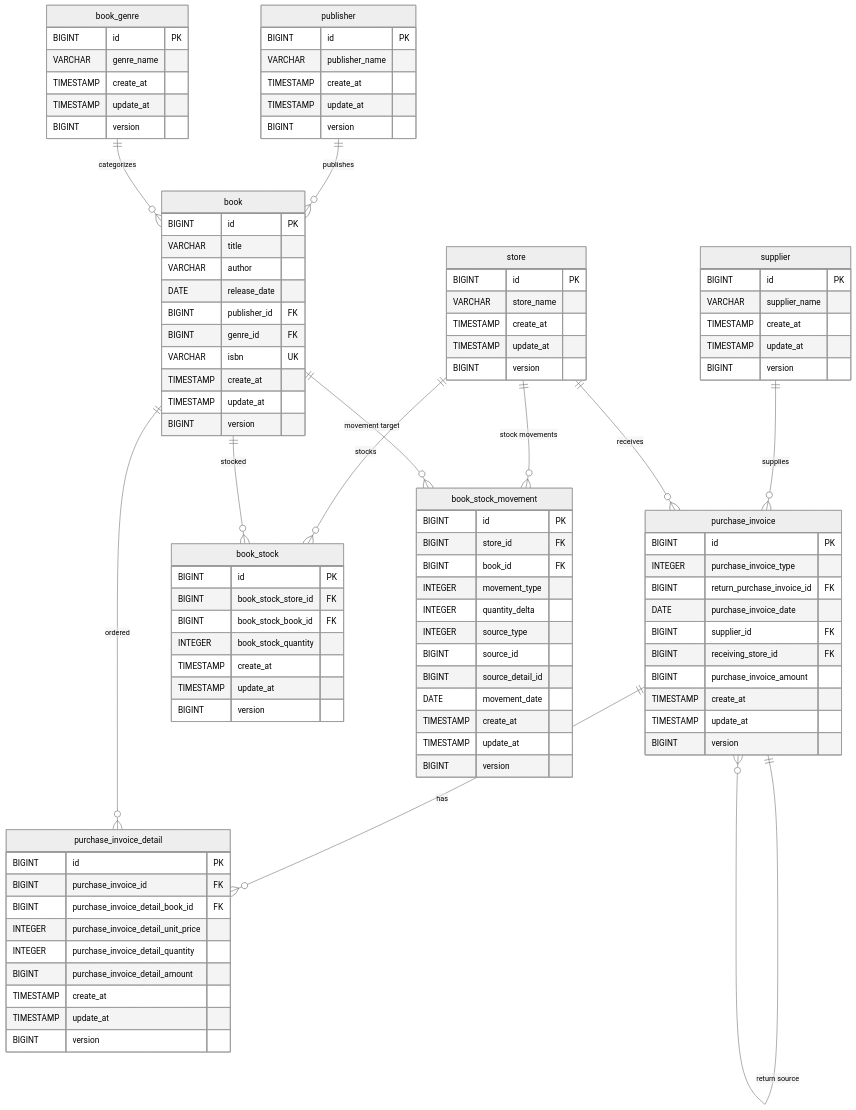
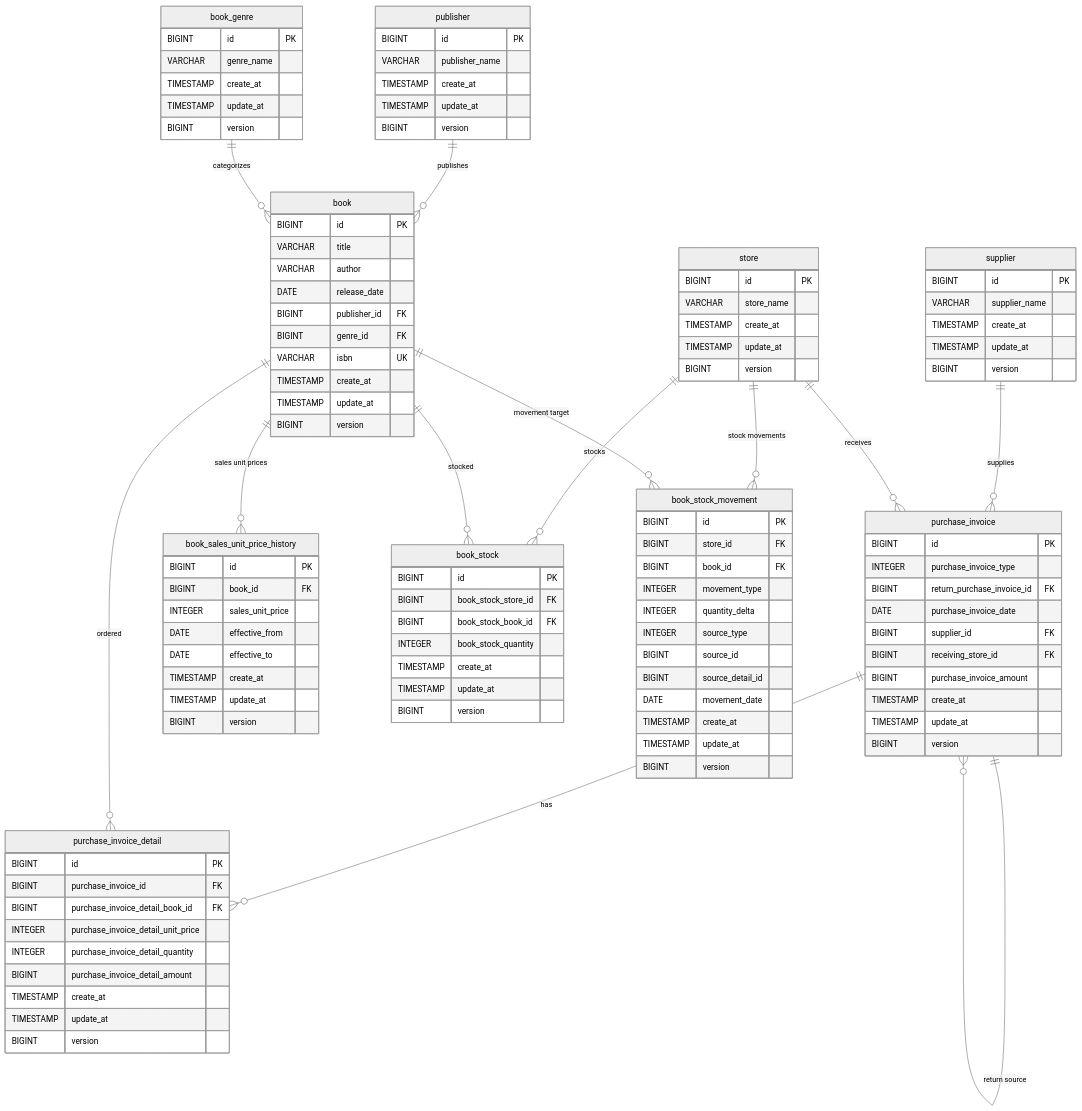
One commit to nagaokambeyond/samples changed the diagram in spring_java_orm_sample/readme.md. Above: the diagram before and after it, drawn with Mermaid (neutral theme). The commit also changed 60 other files, not shown here.

```diff
--- a/spring_java_orm_sample/readme.md
+++ b/spring_java_orm_sample/readme.md
@@ -38,6 +38,7 @@
     purchase_invoice ||--o{ purchase_invoice : "return source"
     purchase_invoice ||--o{ purchase_invoice_detail : "has"
     book ||--o{ purchase_invoice_detail : "ordered"
+    book ||--o{ book_sales_unit_price_history : "sales unit prices"
     store ||--o{ book_stock : "stocks"
     book ||--o{ book_stock : "stocked"
     store ||--o{ book_stock_movement : "stock movements"
@@ -113,6 +114,17 @@
         BIGINT version
     }
 
+    book_sales_unit_price_history {
+        BIGINT id PK
+        BIGINT book_id FK
+        INTEGER sales_unit_price
+        DATE effective_from
+        DATE effective_to
+        TIMESTAMP create_at
+        TIMESTAMP update_at
+        BIGINT version
+    }
+
     book_stock {
         BIGINT id PK
         BIGINT book_stock_store_id FK
```
